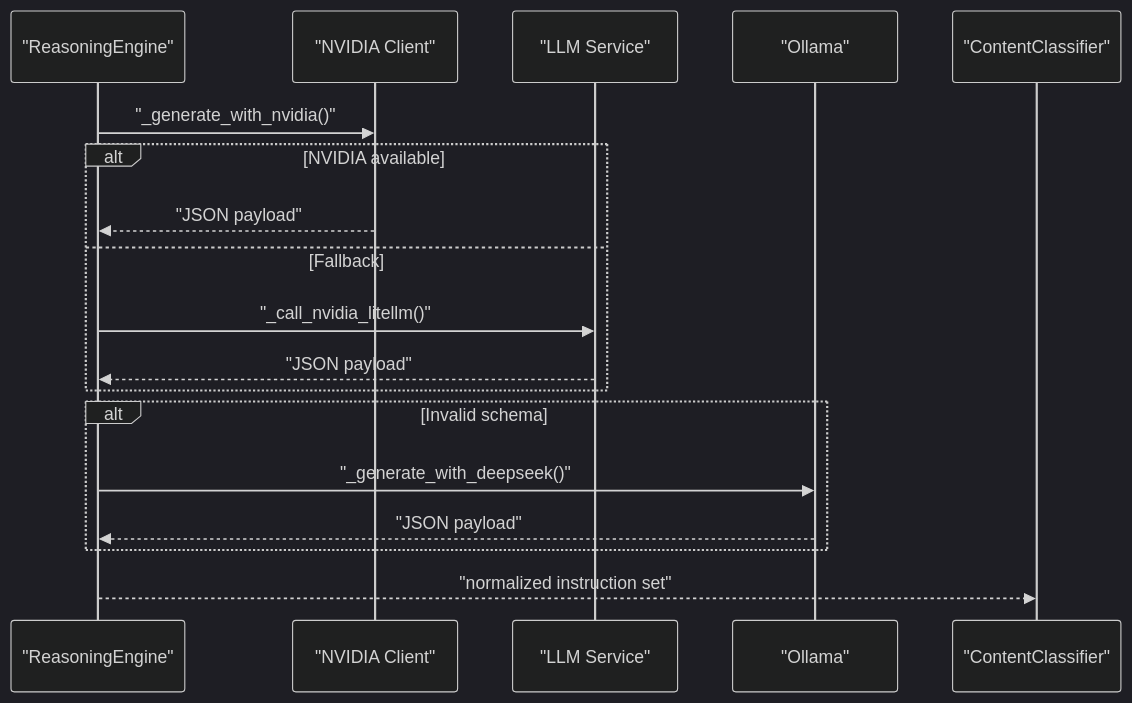
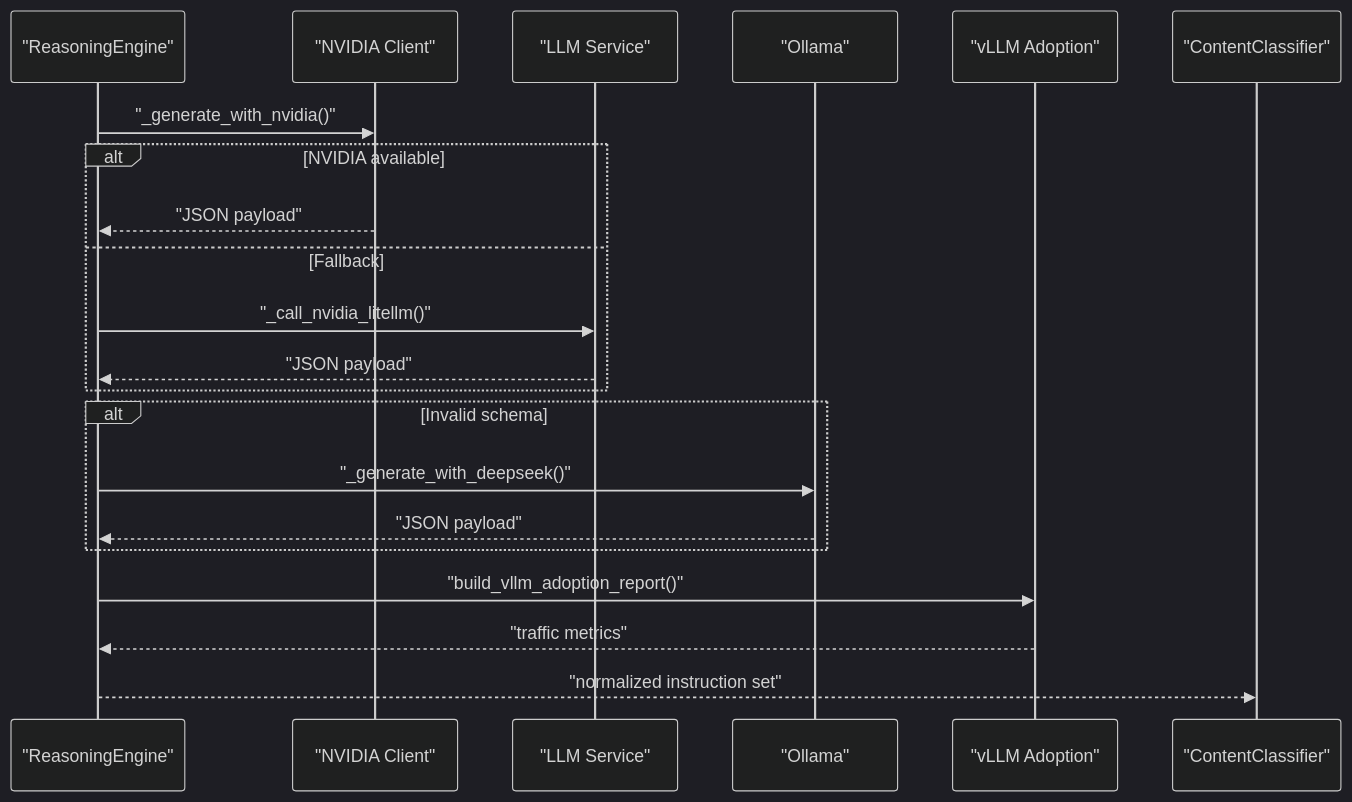
One commit to rohitkumarnaidu/-Auto-AI-Automated-Academic-Docx-Manuscript-Formatter changed the tenth of 12 diagrams in .qoder/repowiki/en/content/AI_ML Integration/AI_ML Integration.md. Above: the diagram before and after it, drawn with Mermaid (dark theme). The commit also changed other lines of this file and 6 other files, not shown here.

````diff
--- a/.qoder/repowiki/en/content/AI_ML Integration/AI_ML Integration.md
+++ b/.qoder/repowiki/en/content/AI_ML Integration/AI_ML Integration.md
@@ -241,20 +386,23 @@
 ```mermaid
 sequenceDiagram
 participant RE as "ReasoningEngine"
 participant NV as "NVIDIA Client"
 participant LLM as "LLM Service"
 participant OL as "Ollama"
+participant VLLM_ADOPTION as "vLLM Adoption"
 participant CL as "ContentClassifier"
 RE->>NV : "_generate_with_nvidia()"
 alt NVIDIA available
 NV-->>RE : "JSON payload"
 else Fallback
 RE->>LLM : "_call_nvidia_litellm()"
 LLM-->>RE : "JSON payload"
 end
 alt Invalid schema
 RE->>OL : "_generate_with_deepseek()"
 OL-->>RE : "JSON payload"
 end
+RE->>VLLM_ADOPTION : "build_vllm_adoption_report()"
+VLLM_ADOPTION-->>RE : "traffic metrics"
 RE-->>CL : "normalized instruction set"
 ```
````
